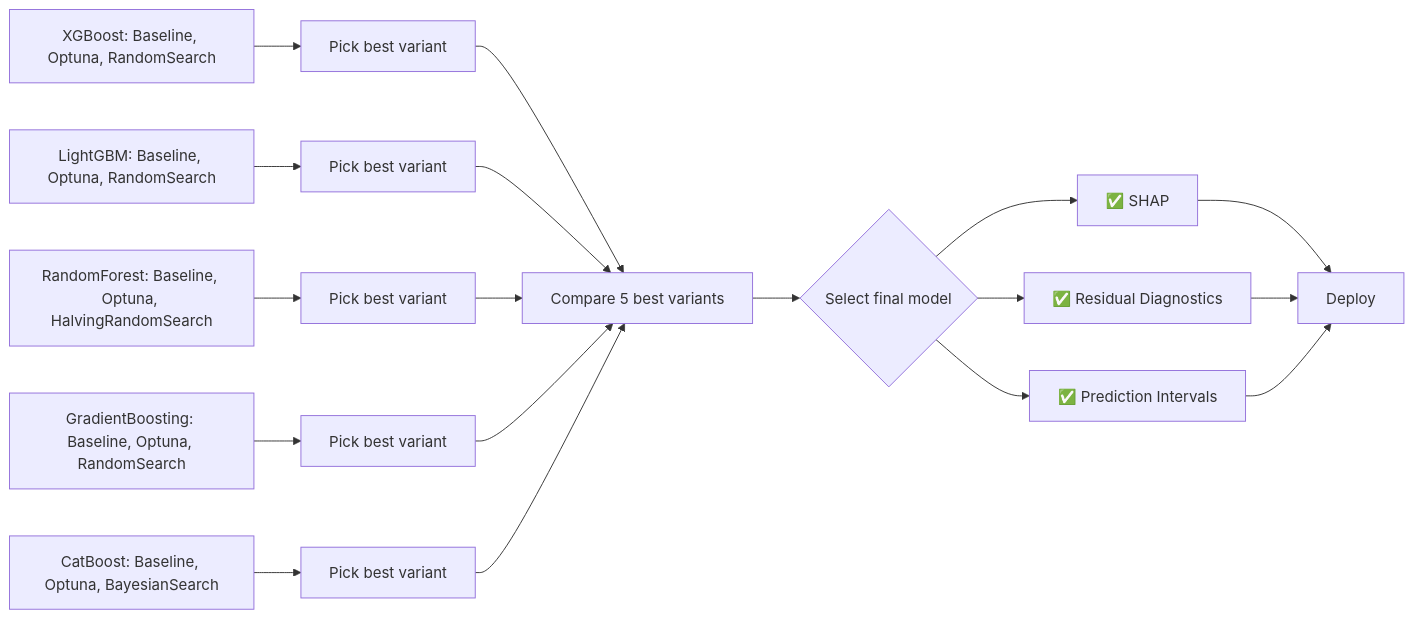
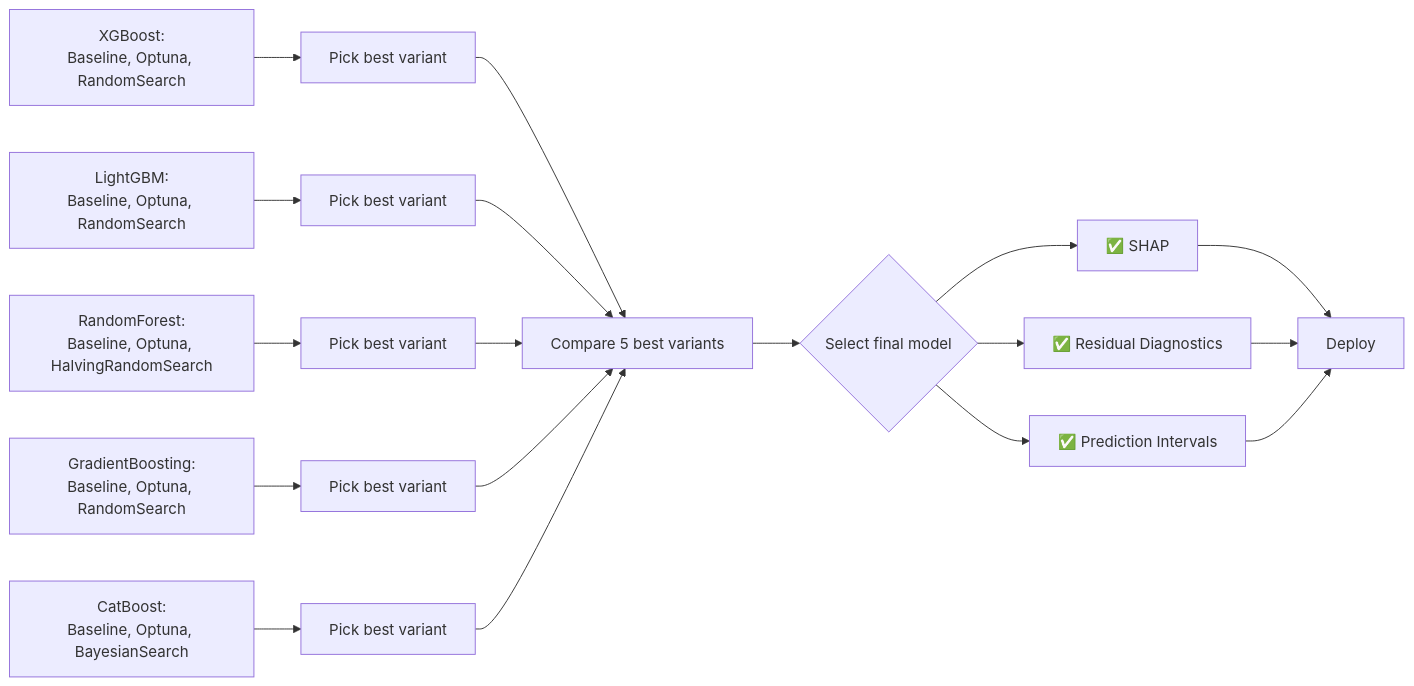
One commit to tshihab07/Super-Market-Sales-Forecasting changed the first of 2 diagrams in README.md. Above: the diagram before and after it, drawn with Mermaid. The commit also changed other lines of this file, not shown here.

````diff
--- a/README.md
+++ b/README.md
@@ -124,22 +124,22 @@
 ```mermaid
 graph LR
-    A[XGBoost: Baseline, Optuna, RandomSearch] --> A1[Pick best variant]
-    B[LightGBM: Baseline, Optuna, RandomSearch] --> B1[Pick best variant]
-    C[RandomForest: Baseline, Optuna, HalvingRandomSearch] --> C1[Pick best variant]
-    D[GradientBoosting: Baseline, Optuna, RandomSearch] --> D1[Pick best variant]
-    E[CatBoost: Baseline, Optuna, BayesianSearch] --> E1[Pick best variant]
+    A[XGBoost:<br>Baseline, Optuna, RandomSearch] --> A1[Pick best variant]
+    B[LightGBM:<br>Baseline, Optuna, RandomSearch] --> B1[Pick best variant]
+    C[RandomForest:<br>Baseline, Optuna, HalvingRandomSearch] --> C1[Pick best variant]
+    D[GradientBoosting:<br>Baseline, Optuna, RandomSearch] --> D1[Pick best variant]
+    E[CatBoost:<br>Baseline, Optuna, BayesianSearch] --> E1[Pick best variant]
     
     A1 --> F[Compare 5 best variants]
     B1 --> F
     C1 --> F
     D1 --> F
     E1 --> F
     
     F --> G{Select final model}
     G --> H[✅ SHAP]
     G --> I[✅ Residual Diagnostics]
     G --> J[✅ Prediction Intervals]
     H --> K[Deploy]
     I --> K
     J --> K
 ```
````
